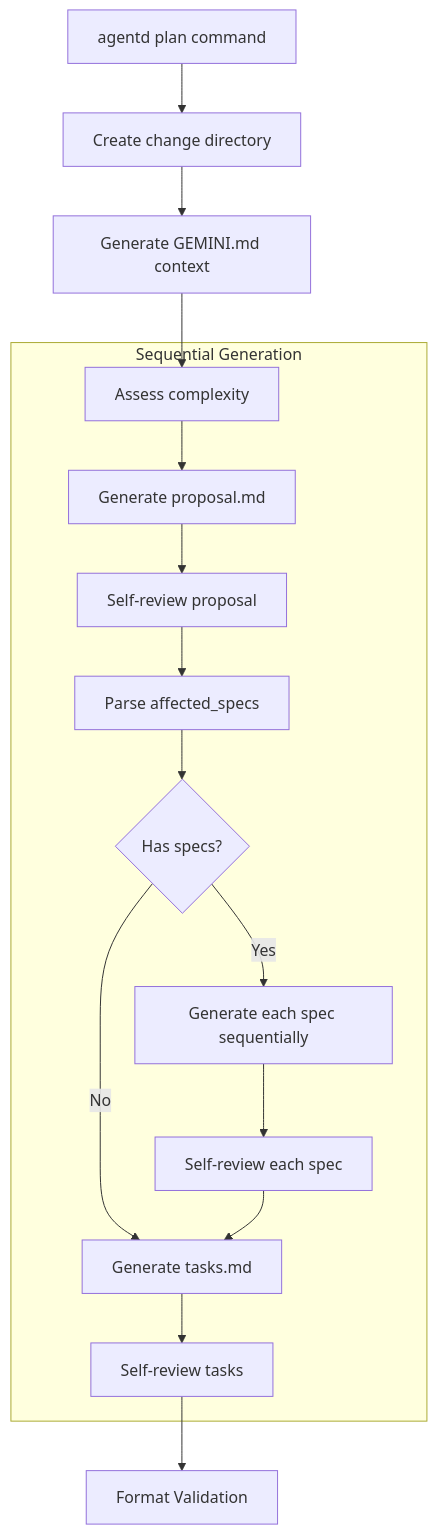
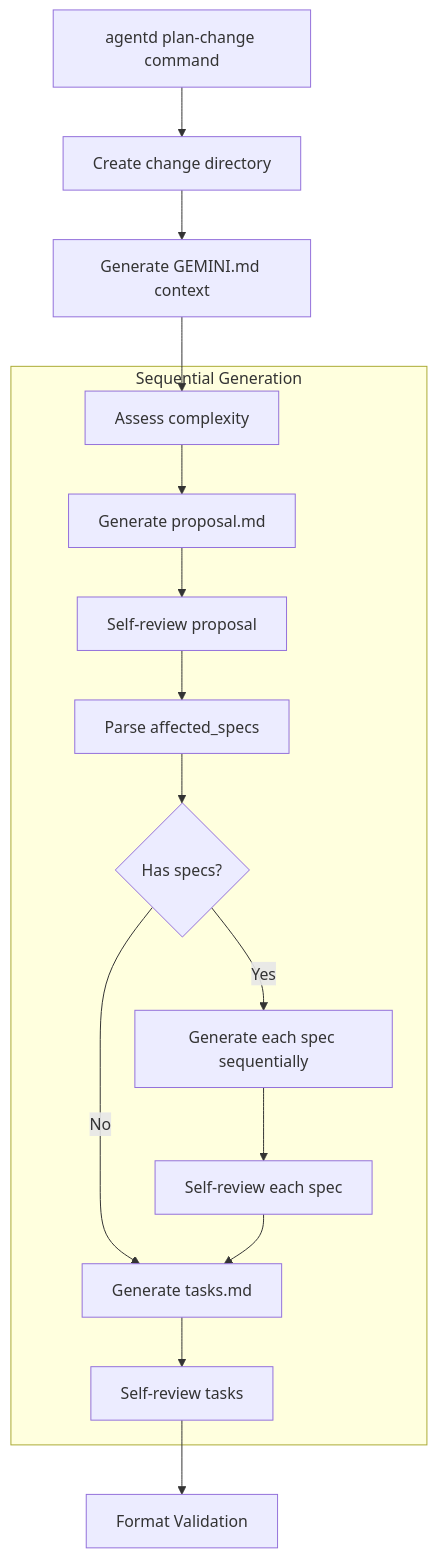
One commit to chrischeng-c4/agentd changed the third of 7 diagrams in agentd/specs/commands/planning/plan-workflow-detail.md. Above: the diagram before and after it, drawn with Mermaid. The commit also changed other lines of this file and 108 other files, not shown here.

````diff
--- a/agentd/specs/commands/planning/plan-workflow-detail.md
+++ b/agentd/specs/commands/planning/plan-workflow-detail.md
@@ -99,22 +99,22 @@
 ```mermaid
 flowchart TD
-    Start[agentd plan command] --> CreateDir[Create change directory]
+    Start[agentd plan-change command] --> CreateDir[Create change directory]
     CreateDir --> GenContext[Generate GEMINI.md context]
     GenContext --> AssessComplexity[Assess complexity]
 
     subgraph "Sequential Generation"
         AssessComplexity --> GenProposal[Generate proposal.md]
         GenProposal --> ReviewProposal[Self-review proposal]
         ReviewProposal --> ParseSpecs[Parse affected_specs]
 
         ParseSpecs --> HasSpecs{Has specs?}
         HasSpecs -->|Yes| GenSpecs[Generate each spec sequentially]
         HasSpecs -->|No| GenTasks
 
         GenSpecs --> ReviewSpecs[Self-review each spec]
         ReviewSpecs --> GenTasks[Generate tasks.md]
         GenTasks --> ReviewTasks[Self-review tasks]
     end
 
     ReviewTasks --> Validate[Format Validation]
 ```
````
